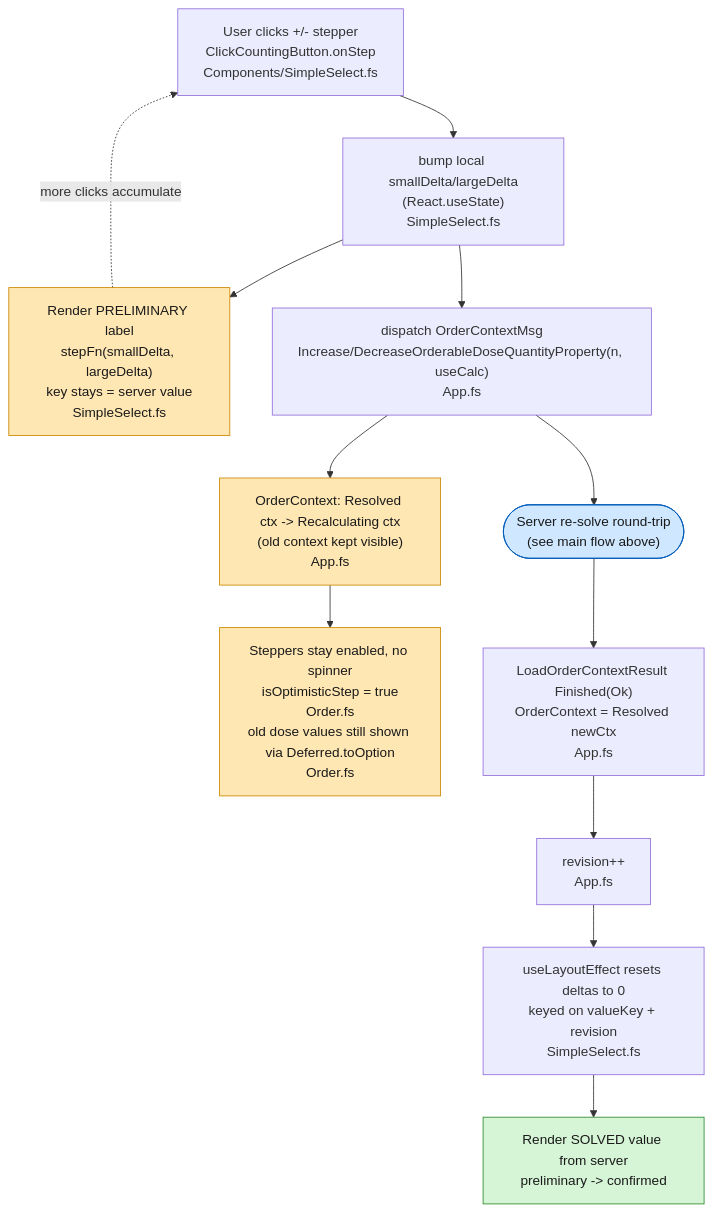
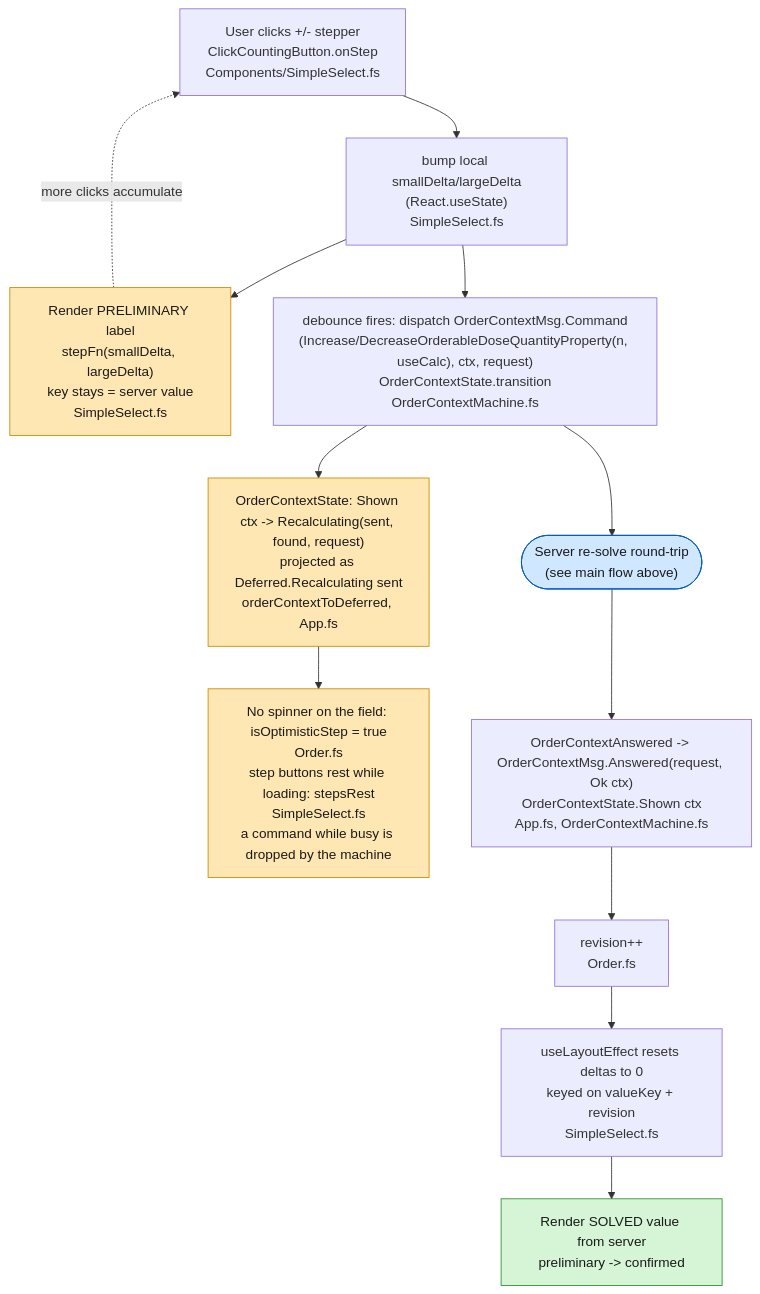
The second of 2 diagrams in docs/domain/dose-quantity-stepping-flow.md (informedica/GenPRES), drawn with Mermaid before and after one commit. The commit also changed other lines of this file, not shown here.

First line of the commit message:
docs: the stepping flow through the order-context machine

````diff
--- a/docs/domain/dose-quantity-stepping-flow.md
+++ b/docs/domain/dose-quantity-stepping-flow.md
@@ -59,28 +61,28 @@
 ```mermaid
 flowchart TD
     CLICK["User clicks +/- stepper<br/>ClickCountingButton.onStep<br/>Components/SimpleSelect.fs"]
     DELTA["bump local smallDelta/largeDelta<br/>(React.useState)<br/>SimpleSelect.fs"]
     PRELIM["Render PRELIMINARY label<br/>stepFn(smallDelta, largeDelta)<br/>key stays = server value<br/>SimpleSelect.fs"]
-    DISPATCH["dispatch OrderContextMsg<br/>Increase/DecreaseOrderableDoseQuantityProperty(n, useCalc)<br/>App.fs"]
+    DISPATCH["debounce fires: dispatch OrderContextMsg.Command<br/>(Increase/DecreaseOrderableDoseQuantityProperty(n, useCalc), ctx, request)<br/>OrderContextState.transition<br/>OrderContextMachine.fs"]
 
-    REC["OrderContext: Resolved ctx -> Recalculating ctx<br/>(old context kept visible)<br/>App.fs"]
-    KEEP["Steppers stay enabled, no spinner<br/>isOptimisticStep = true<br/>Order.fs<br/>old dose values still shown via Deferred.toOption<br/>Order.fs"]
+    REC["OrderContextState: Shown ctx -> Recalculating(sent, found, request)<br/>projected as Deferred.Recalculating sent<br/>orderContextToDeferred, App.fs"]
+    KEEP["No spinner on the field: isOptimisticStep = true<br/>Order.fs<br/>step buttons rest while loading: stepsRest<br/>SimpleSelect.fs<br/>a command while busy is dropped by the machine"]
 
     SERVER(["Server re-solve round-trip<br/>(see main flow above)"])
 
-    DONE["LoadOrderContextResult Finished(Ok)<br/>OrderContext = Resolved newCtx<br/>App.fs"]
-    BUMP["revision++<br/>App.fs"]
+    DONE["OrderContextAnswered -> OrderContextMsg.Answered(request, Ok ctx)<br/>OrderContextState.Shown ctx<br/>App.fs, OrderContextMachine.fs"]
+    BUMP["revision++<br/>Order.fs"]
     RESET["useLayoutEffect resets deltas to 0<br/>keyed on valueKey + revision<br/>SimpleSelect.fs"]
     FINAL["Render SOLVED value from server<br/>preliminary -> confirmed"]
 
     CLICK --> DELTA --> PRELIM
     DELTA --> DISPATCH --> REC --> KEEP
     PRELIM -. "more clicks accumulate" .-> CLICK
     DISPATCH --> SERVER --> DONE --> BUMP --> RESET --> FINAL
 
     style PRELIM fill:#ffe7b3,stroke:#cc8800,color:#1a1a1a
     style REC fill:#ffe7b3,stroke:#cc8800,color:#1a1a1a
     style KEEP fill:#ffe7b3,stroke:#cc8800,color:#1a1a1a
     style FINAL fill:#d6f5d6,stroke:#2e8b2e,color:#1a1a1a
     style SERVER fill:#cfe8ff,stroke:#005bbb,color:#1a1a1a
 ```
````
